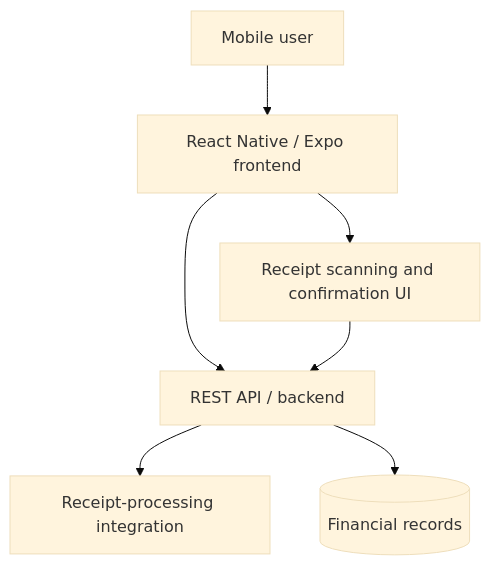
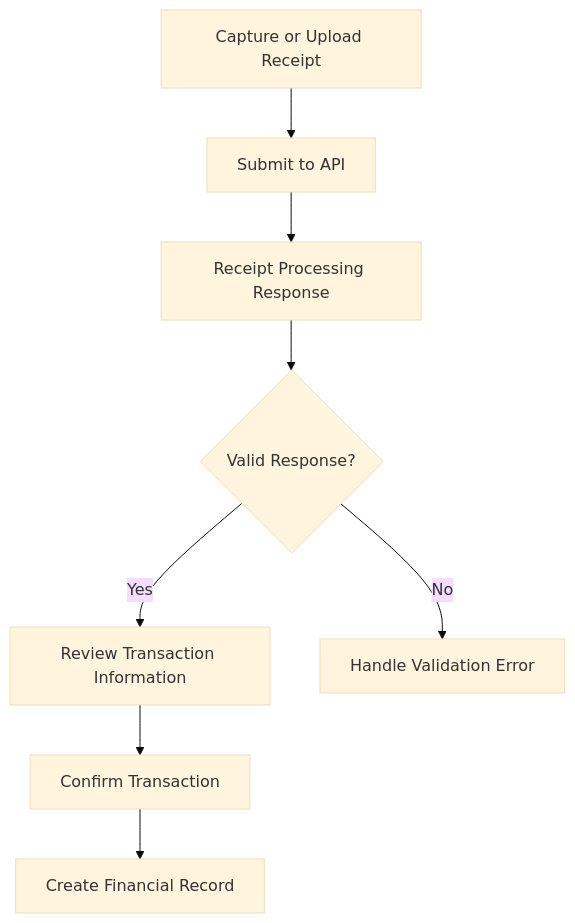
Before and after one commit to amilawedikkara/mobile-finance-ai-qa-portfolio: the second of 2 diagrams in README.md, drawn with Mermaid (base theme). The commit also changed other lines of this file, not shown here.

Commit message:
Redesign portfolio README with architecture and QA evidence

````diff
--- a/README.md
+++ b/README.md
@@ -25,9 +89,10 @@
 ```mermaid
 flowchart TD
-    U[Mobile user] --> FE[React Native / Expo frontend]
-    FE --> API[REST API / backend]
-    FE --> SCAN[Receipt scanning and confirmation UI]
-    SCAN --> API
-    API --> PROCESS[Receipt-processing integration]
-    API --> DATA[(Financial records)]
+    A[Capture or Upload Receipt] --> B[Submit to API]
+    B --> C[Receipt Processing Response]
+    C --> D{Valid Response?}
+    D -->|Yes| E[Review Transaction Information]
+    D -->|No| F[Handle Validation Error]
+    E --> G[Confirm Transaction]
+    G --> H[Create Financial Record]
 ```
````
